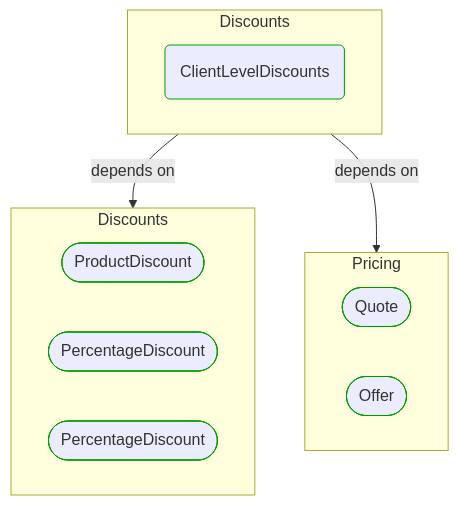
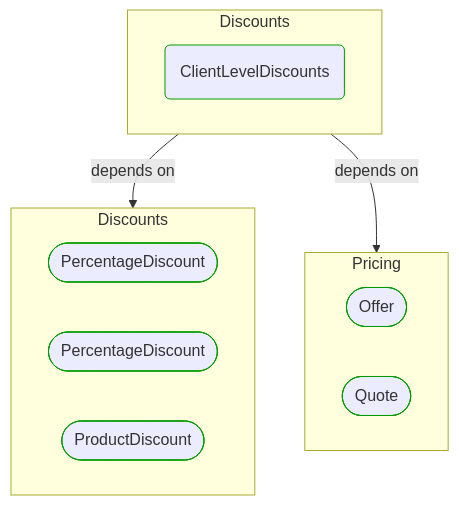
One commit to itlibrium/DDD-starter-dotnet changed the diagram in Docs/P3/MermaidOutput/BuildingBlocks/Sales/Pricing/Discounts/ClientLevelDiscounts.md. Above: the diagram before and after it, drawn with Mermaid. The commit also changed 78 other files, not shown here.

````diff
--- a/Docs/P3/MermaidOutput/BuildingBlocks/Sales/Pricing/Discounts/ClientLevelDiscounts.md
+++ b/Docs/P3/MermaidOutput/BuildingBlocks/Sales/Pricing/Discounts/ClientLevelDiscounts.md
@@ -18,26 +18,26 @@
 ```mermaid
   flowchart TB
     subgraph 0["Discounts"]
       1(ClientLevelDiscounts)
       class 1 DomainPerspective
     end
     subgraph 2["Discounts"]
-      3([ProductDiscount])
+      3([PercentageDiscount])
       class 3 DomainPerspective
       4([PercentageDiscount])
       class 4 DomainPerspective
-      5([PercentageDiscount])
+      5([ProductDiscount])
       class 5 DomainPerspective
     end
     subgraph 6["Pricing"]
-      7([Quote])
+      7([Offer])
       class 7 DomainPerspective
-      8([Offer])
+      8([Quote])
       class 8 DomainPerspective
     end
     0-->|depends on|2
     0-->|depends on|6
     classDef DomainPerspective stroke:#009900
     classDef TechnologyPerspective stroke:#1F41EB
     classDef PeoplePerspective stroke:#FFF014
 ```
````
